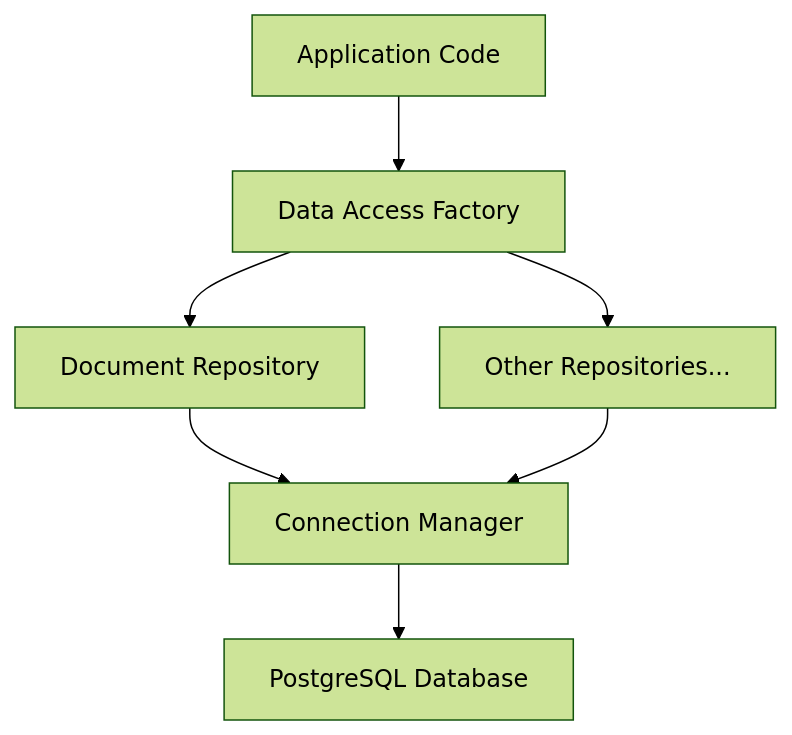
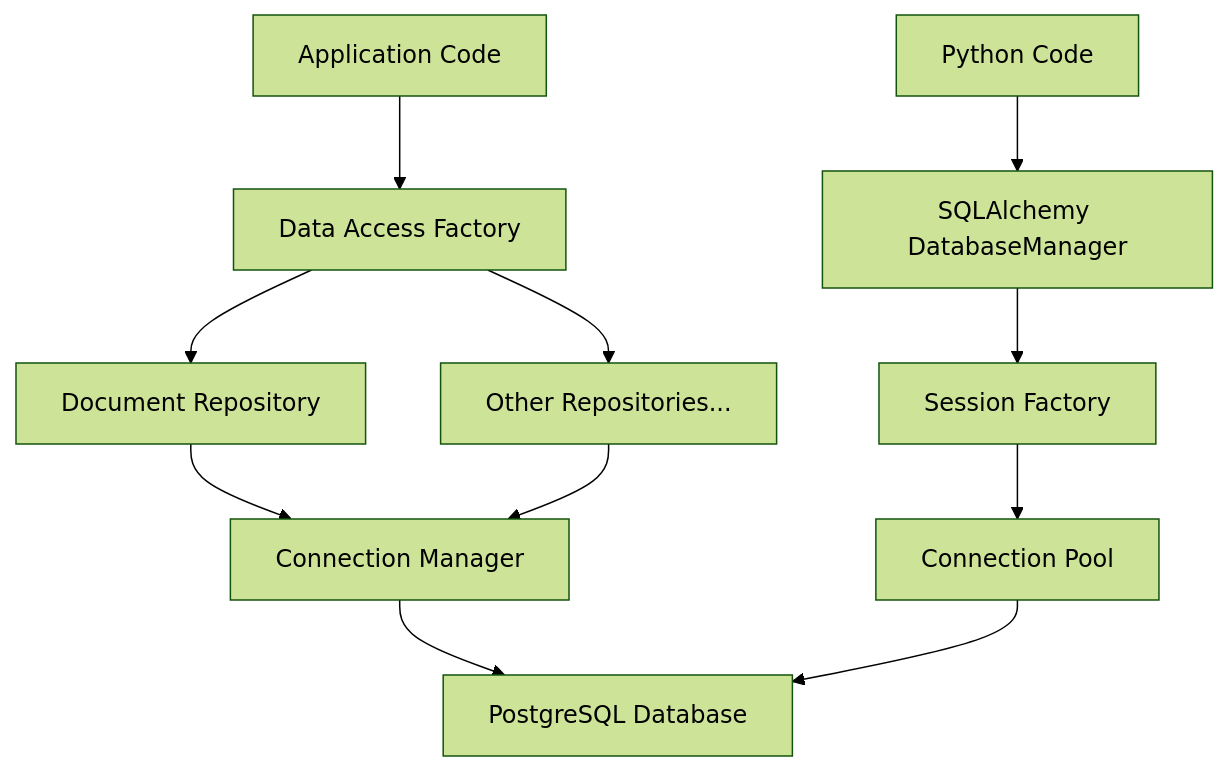
Before and after one commit to wbruck/axai-pg: the diagram in src/data/README.md, drawn with Mermaid (forest theme). The commit also changed other lines of this file and 58 other files, not shown here.

````diff
--- a/src/data/README.md
+++ b/src/data/README.md
@@ -8,9 +8,14 @@
 ```mermaid
 graph TD
     A[Application Code] --> B[Data Access Factory]
     B --> C[Document Repository]
     B --> D[Other Repositories...]
     C --> E[Connection Manager]
     D --> E
     E --> F[PostgreSQL Database]
+    
+    G[Python Code] --> H[SQLAlchemy DatabaseManager]
+    H --> I[Session Factory]
+    I --> J[Connection Pool]
+    J --> F
 ```
````
